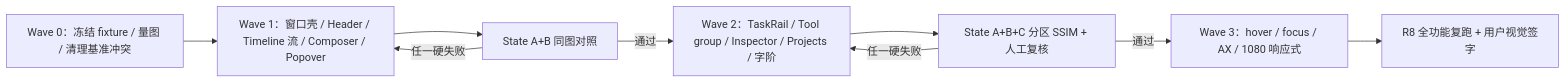
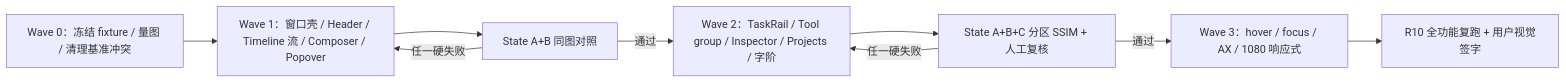
The diagram in docs/UI_Review.md (expcat/Pawork), drawn with Mermaid before and after one commit. The commit also changed other lines of this file and 34 other files, not shown here.

Commit message:
docs(roadmap): promote design comparison to R8, merge acceptance into R10, R11 closeout

````diff
--- a/docs/UI_Review.md
+++ b/docs/UI_Review.md
@@ -180,11 +180,11 @@
 ```mermaid
 flowchart LR
     A["Wave 0：冻结 fixture / 量图 / 清理基准冲突"] --> B["Wave 1：窗口壳 / Header / Timeline 流 / Composer / Popover"]
     B --> C["State A+B 同图对照"]
     C -->|"任一硬失败"| B
     C -->|"通过"| D["Wave 2：TaskRail / Tool group / Inspector / Projects / 字阶"]
     D --> E["State A+B+C 分区 SSIM + 人工复核"]
     E -->|"任一硬失败"| D
     E -->|"通过"| F["Wave 3：hover / focus / AX / 1080 响应式"]
-    F --> G["R8 全功能复跑 + 用户视觉签字"]
+    F --> G["R10 全功能复跑 + 用户视觉签字"]
 ```
````
